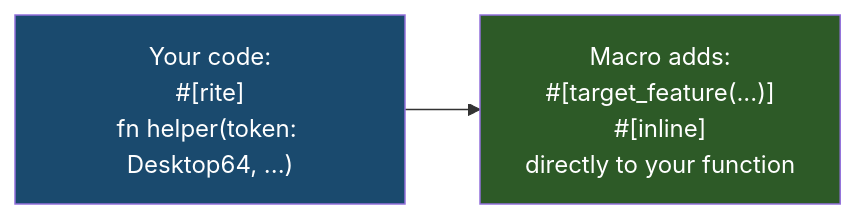
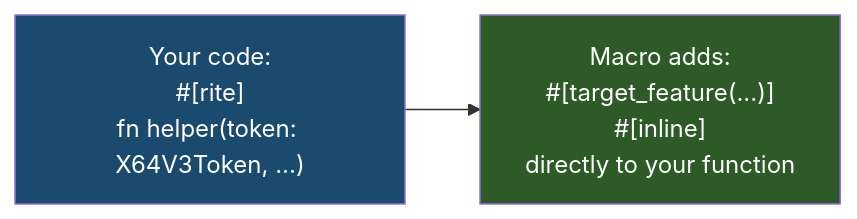
Before and after one commit to imazen/archmage: the first of 2 diagrams in docs/book/src/concepts/rite.md, drawn with Mermaid. The commit also changed other lines of this file and 68 other files, not shown here.

````diff
--- a/docs/book/src/concepts/rite.md
+++ b/docs/book/src/concepts/rite.md
@@ -9,7 +9,7 @@
 ```mermaid
 flowchart LR
-    A["Your code:<br/>#[rite]<br/>fn helper(token: Desktop64, ...)"] --> B["Macro adds:<br/>#[target_feature(...)]<br/>#[inline]<br/>directly to your function"]
+    A["Your code:<br/>#[rite]<br/>fn helper(token: X64V3Token, ...)"] --> B["Macro adds:<br/>#[target_feature(...)]<br/>#[inline]<br/>directly to your function"]
 
     style A fill:#1a4a6e,color:#fff
     style B fill:#2d5a27,color:#fff
 ```
````
